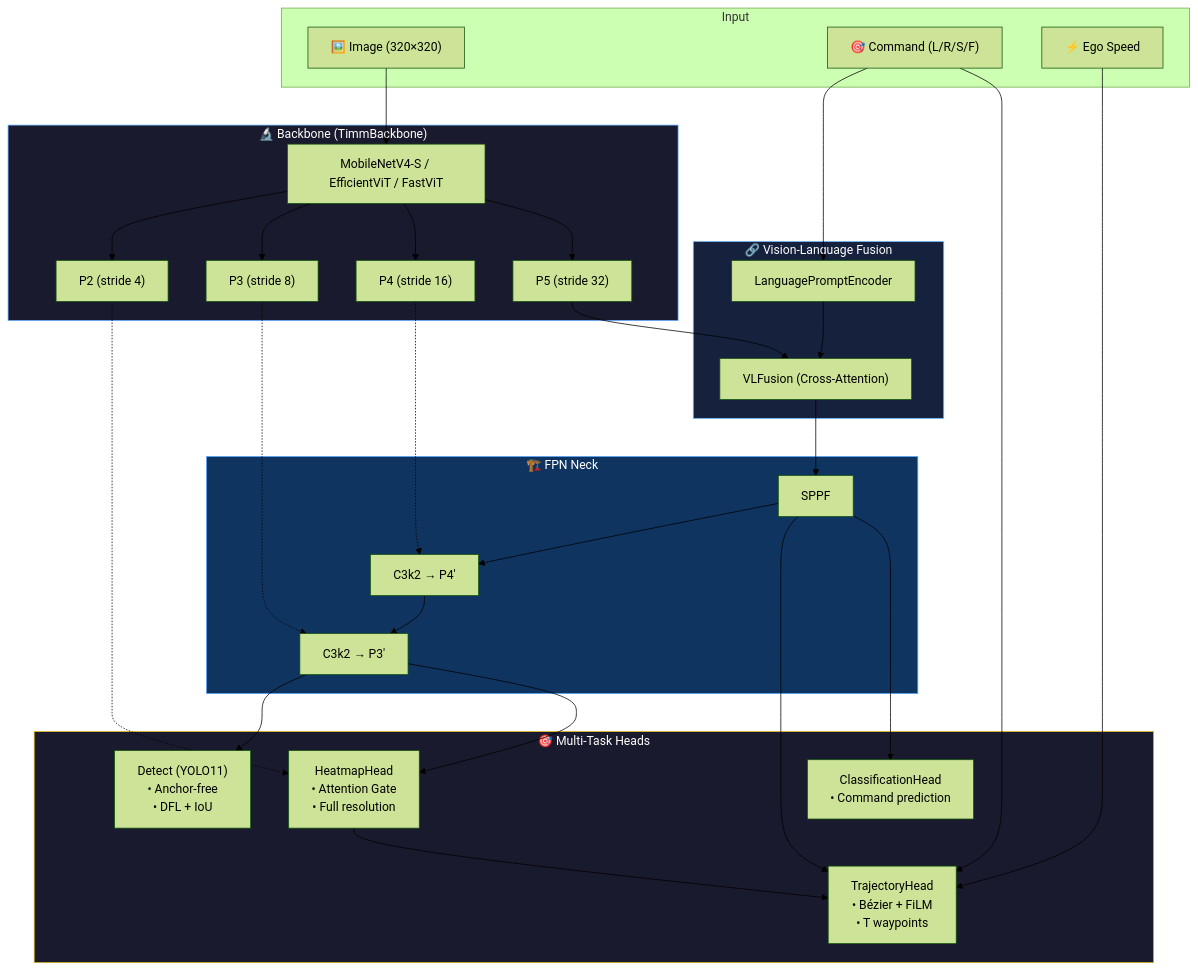
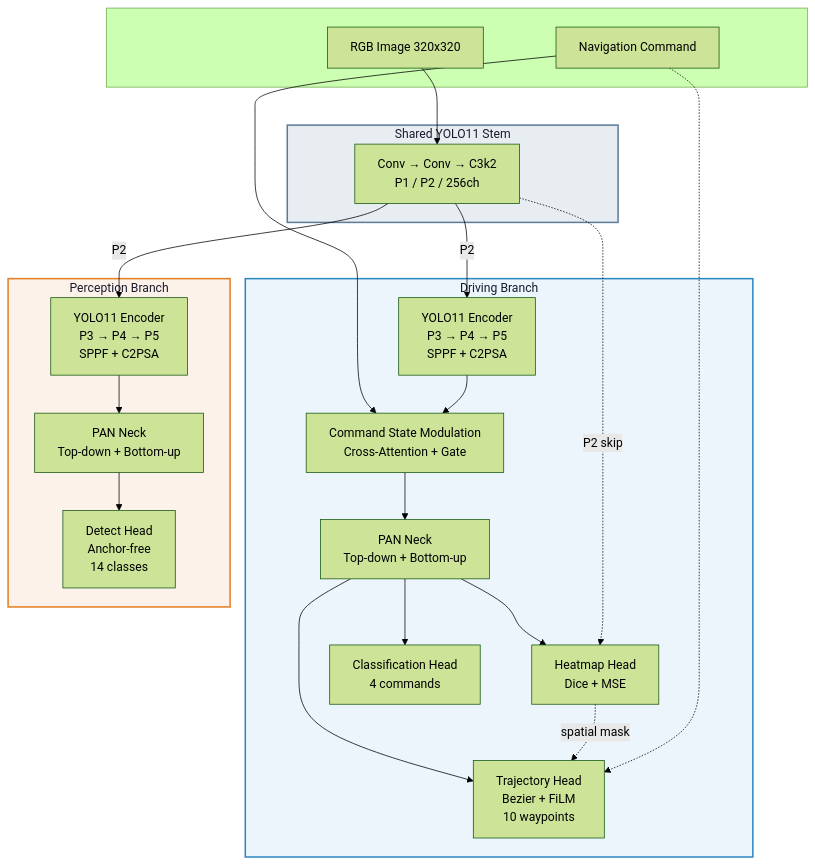
The diagram in README.md (vtnguyen04/neuralPilot), drawn with Mermaid (forest theme) before and after one commit.

Commit message:
docs(readme): rewrite mermaid architecture to dual-branch overview
- Replace outdated single-branch Timm/VLFusion diagram with accurate
  dual-branch YOLO11 architecture (Shared Stem → Driving + Perception)
- Use clean high-level blocks without per-layer detail
- Light pastel color scheme, no emoji icons
- Terminology synced with paper: CSM, CommandEncoder, PAN Neck

````diff
--- a/README.md
+++ b/README.md
@@ -77,54 +77,41 @@
 ```mermaid
 graph TD
-    subgraph Input
-        IMG["🖼️ Image (320×320)"]
-        CMD["🎯 Command (L/R/S/F)"]
-        VEL["⚡ Ego Speed"]
+    subgraph Inputs[" "]
+        IMG["RGB Image 320x320"]
+        CMD["Navigation Command"]
     end
 
-    subgraph Backbone["🔬 Backbone (TimmBackbone)"]
-        BB["MobileNetV4-S / EfficientViT / FastViT"]
-        P2["P2 (stride 4)"]
-        P3["P3 (stride 8)"]
-        P4["P4 (stride 16)"]
-        P5["P5 (stride 32)"]
+    subgraph Backbone["Shared YOLO11 Stem"]
+        STEM["Conv → Conv → C3k2\nP1 / P2 / 256ch"]
     end
 
-    subgraph Fusion["🔗 Vision-Language Fusion"]
-        PE["LanguagePromptEncoder"]
-        VLF["VLFusion (Cross-Attention)"]
+    subgraph Driving["Driving Branch"]
+        D_ENC["YOLO11 Encoder\nP3 → P4 → P5\nSPPF + C2PSA"]
+        CSM["Command State Modulation\nCross-Attention + Gate"]
+        D_NECK["PAN Neck\nTop-down + Bottom-up"]
+        HM["Heatmap Head\nDice + MSE"]
+        TJ["Trajectory Head\nBezier + FiLM\n10 waypoints"]
+        CLS["Classification Head\n4 commands"]
     end
 
-    subgraph Neck["🏗️ FPN Neck"]
-        SPPF["SPPF"]
-        C3K2_P4["C3k2 → P4'"]
-        C3K2_P3["C3k2 → P3'"]
+    subgraph Perception["Perception Branch"]
+        P_ENC["YOLO11 Encoder\nP3 → P4 → P5\nSPPF + C2PSA"]
+        P_NECK["PAN Neck\nTop-down + Bottom-up"]
+        DET["Detect Head\nAnchor-free\n14 classes"]
     end
 
-    subgraph Heads["🎯 Multi-Task Heads"]
-        DET["Detect (YOLO11)\n• Anchor-free\n• DFL + IoU"]
-        HM["HeatmapHead\n• Attention Gate\n• Full resolution"]
-        TJ["TrajectoryHead\n• Bézier + FiLM\n• T waypoints"]
-        CLS["ClassificationHead\n• Command prediction"]
-    end
+    IMG --> STEM
+    STEM -->|P2| D_ENC
+    STEM -->|P2| P_ENC
+    CMD --> CSM
+    D_ENC --> CSM --> D_NECK
+    D_NECK --> HM & TJ & CLS
+    STEM -.->|P2 skip| HM
+    HM -.->|spatial mask| TJ
+    CMD -.-> TJ
+    P_ENC --> P_NECK --> DET
 
-    IMG --> BB
-    BB --> P2 & P3 & P4 & P5
-    CMD --> PE --> VLF
-    P5 --> VLF --> SPPF
-    SPPF --> C3K2_P4
-    P4 -.-> C3K2_P4
-    C3K2_P4 --> C3K2_P3
-    P3 -.-> C3K2_P3
-    C3K2_P3 --> DET & HM
-    P2 -.-> HM
-    SPPF --> TJ & CLS
-    HM --> TJ
-    VEL --> TJ
-    CMD --> TJ
-
-    style Backbone fill:#1a1a2e,stroke:#58a6ff,color:#fff
-    style Fusion fill:#16213e,stroke:#79c0ff,color:#fff
-    style Neck fill:#0f3460,stroke:#58a6ff,color:#fff
-    style Heads fill:#1a1a2e,stroke:#e2b714,color:#fff
+    style Backbone fill:#e8edf2,stroke:#5b7b9a,stroke-width:2px,color:#1a1a2e
+    style Driving fill:#ebf5fb,stroke:#2e86c1,stroke-width:2px,color:#1a1a2e
+    style Perception fill:#fdf2e9,stroke:#e67e22,stroke-width:2px,color:#1a1a2e
 ```
````
